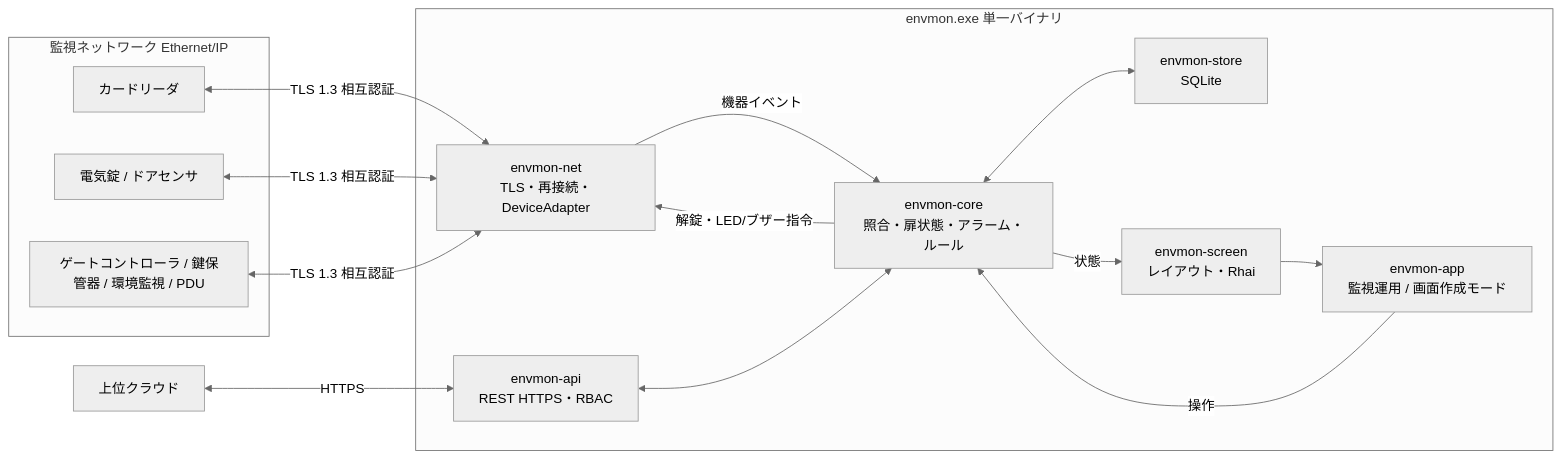
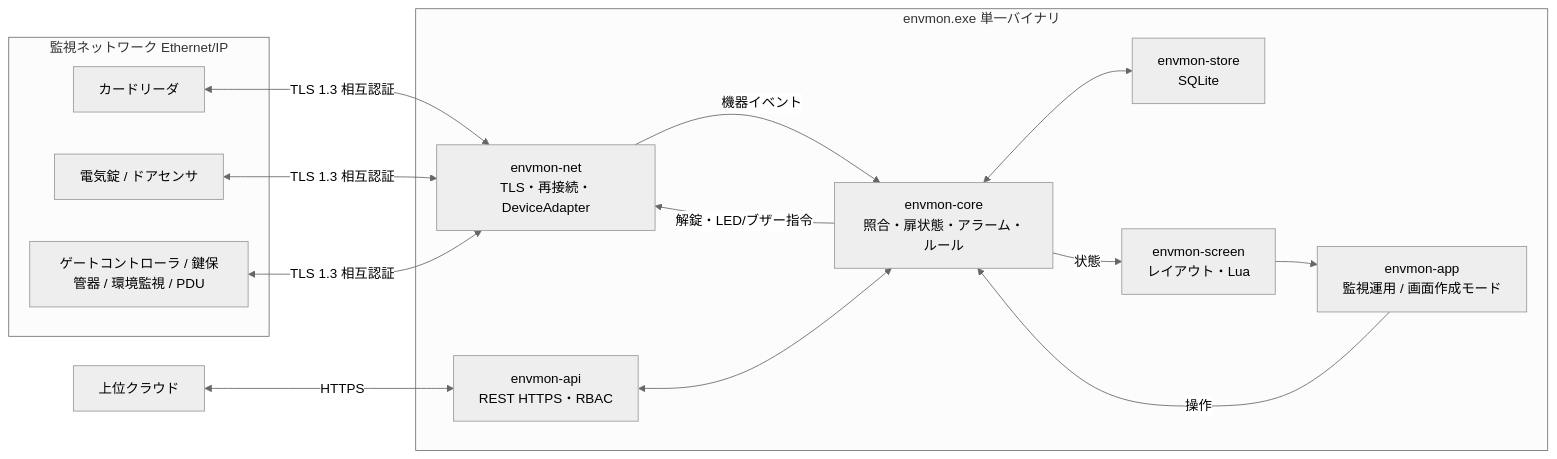
Before and after one commit to JetContrail/2026_11_17_Rust_GUI_ENV_Monitoring: the first of 2 diagrams in docs/architecture.md, drawn with Mermaid (neutral theme). The commit also changed other lines of this file and 2 other files, not shown here.

Commit message:
docs: PO 決定事項を反映 (下絵 GIF/JPEG・下絵上での操作・Lua) し v1.0 に確定

````diff
--- a/docs/architecture.md
+++ b/docs/architecture.md
@@ -7,24 +7,24 @@
 ```mermaid
 flowchart LR
     subgraph Devices[監視ネットワーク Ethernet/IP]
         R[カードリーダ]
         L[電気錠 / ドアセンサ]
         O[ゲートコントローラ / 鍵保管器 / 環境監視 / PDU]
     end
     subgraph App[envmon.exe 単一バイナリ]
         N[envmon-net<br/>TLS・再接続・DeviceAdapter]
         C[envmon-core<br/>照合・扉状態・アラーム・ルール]
         S[envmon-store<br/>SQLite]
-        V[envmon-screen<br/>レイアウト・Rhai]
+        V[envmon-screen<br/>レイアウト・Lua]
         G[envmon-app<br/>監視運用 / 画面作成モード]
         A[envmon-api<br/>REST HTTPS・RBAC]
     end
     Cloud[上位クラウド]
     R & L & O <-- TLS 1.3 相互認証 --> N
     N -- 機器イベント --> C
     C -- 解錠・LED/ブザー指令 --> N
     C <--> S
     C -- 状態 --> V --> G
     G -- 操作 --> C
     Cloud <-- HTTPS --> A <--> C
 ```
````
